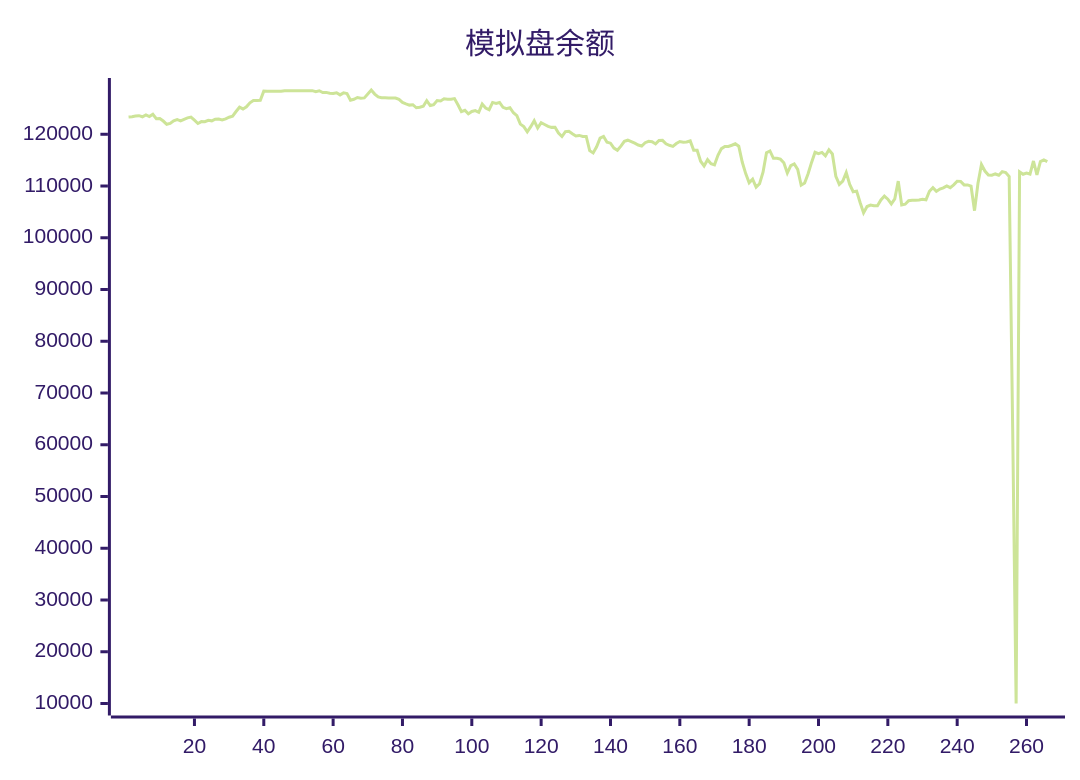
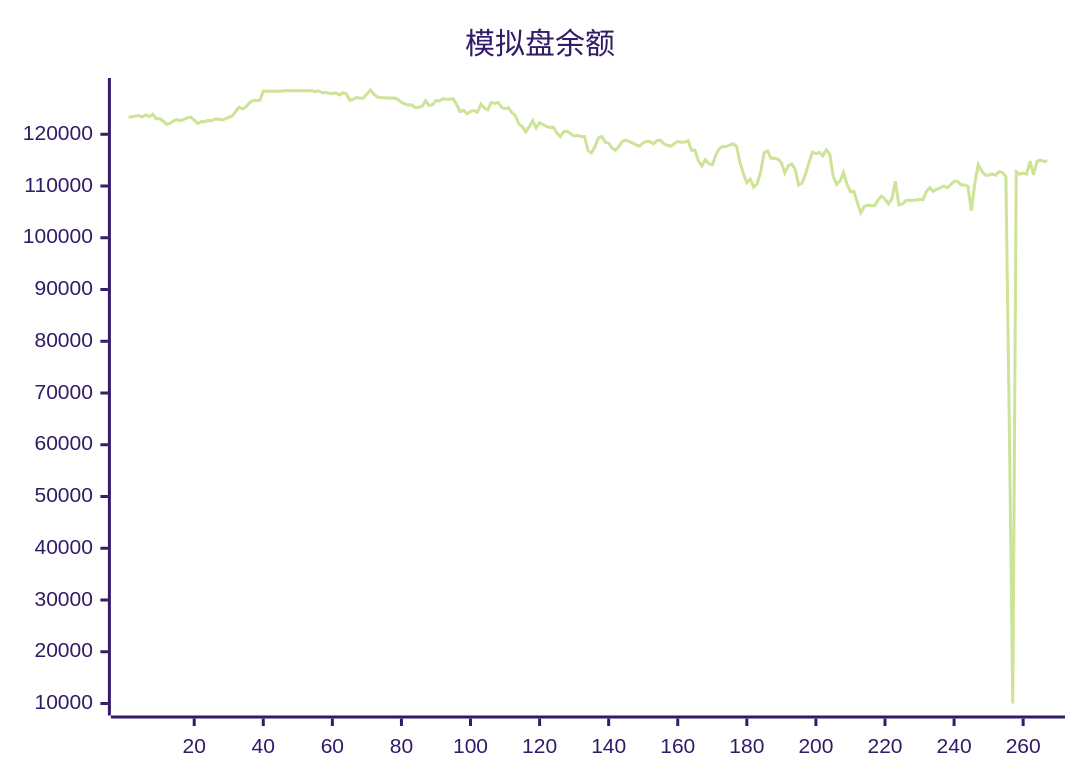
The diagram in README.md (aahl/ai-trading), drawn with Mermaid (forest theme) before and after one commit. The commit also changed other lines of this file and 1 other file, not shown here.

````diff
--- a/README.md
+++ b/README.md
@@ -5,5 +5,5 @@
 ```mermaid
 xychart
     title "模拟盘余额"
-    line [123338,123402,123530,123592,123378,123745,123413,123853,123009,123040,122557,121938,122095,122599,122856,122597,122898,123160,123319,122719,122087,122454,122416,122685,122592,122907,122961,122776,122981,123295,123507,124403,125224,124894,125303,126088,126544,126534,126549,128335,128318,128318,128318,128318,128318,128424,128424,128424,128424,128424,128424,128424,128424,128424,128247,128412,128062,128087,127917,127901,128026,127611,128000,127850,126572,126770,127100,126971,127029,127783,128554,127765,127224,127064,127044,127009,127025,127004,126738,126152,125871,125635,125707,125117,125217,125420,126480,125545,125715,126511,126424,126856,126764,126788,126890,125710,124381,124632,123936,124402,124574,124256,125833,125070,124739,126154,125966,126145,125213,124943,125143,124157,123604,121959,121476,120476,121470,122610,121201,122221,121889,121522,121332,121344,120232,119559,120513,120577,120108,119680,119777,119572,119568,116839,116392,117573,119250,119585,118469,118277,117338,116897,117706,118628,118849,118579,118280,117926,117735,118373,118639,118544,118136,118798,118819,118162,117874,117649,118215,118601,118463,118517,118713,116911,116899,114798,113887,115084,114313,114091,115934,117221,117658,117658,117883,118164,117693,114632,112403,110644,111313,109777,110444,112673,116419,116772,115355,115355,115198,114476,112510,113954,114276,113223,110151,110561,112361,114562,116522,116265,116500,115845,117000,116199,111887,110306,110942,112588,110318,108891,109011,106814,104811,106038,106327,106201,106180,107315,108068,107463,106528,107530,110941,106346,106482,107161,107268,107270,107302,107426,107340,108985,109681,108962,109404,109645,110030,109680,110214,110918,110897,110215,110212,109962,105235,110525,114151,112895,112137,112083,112329,112094,112784,112613,111829,63445,10000,112734,112268,112496,112313,114832,112156,114730,115058,114728]
+    line [123338,123402,123530,123592,123378,123745,123413,123853,123009,123040,122557,121938,122095,122599,122856,122597,122898,123160,123319,122719,122087,122454,122416,122685,122592,122907,122961,122776,122981,123295,123507,124403,125224,124894,125303,126088,126544,126534,126549,128335,128318,128318,128318,128318,128318,128424,128424,128424,128424,128424,128424,128424,128424,128424,128247,128412,128062,128087,127917,127901,128026,127611,128000,127850,126572,126770,127100,126971,127029,127783,128554,127765,127224,127064,127044,127009,127025,127004,126738,126152,125871,125635,125707,125117,125217,125420,126480,125545,125715,126511,126424,126856,126764,126788,126890,125710,124381,124632,123936,124402,124574,124256,125833,125070,124739,126154,125966,126145,125213,124943,125143,124157,123604,121959,121476,120476,121470,122610,121201,122221,121889,121522,121332,121344,120232,119559,120513,120577,120108,119680,119777,119572,119568,116839,116392,117573,119250,119585,118469,118277,117338,116897,117706,118628,118849,118579,118280,117926,117735,118373,118639,118544,118136,118798,118819,118162,117874,117649,118215,118601,118463,118517,118713,116911,116899,114798,113887,115084,114313,114091,115934,117221,117658,117658,117883,118164,117693,114632,112403,110644,111313,109777,110444,112673,116419,116772,115355,115355,115198,114476,112510,113954,114276,113223,110151,110561,112361,114562,116522,116265,116500,115845,117000,116199,111887,110306,110942,112588,110318,108891,109011,106814,104811,106038,106327,106201,106180,107315,108068,107463,106528,107530,110941,106346,106482,107161,107268,107270,107302,107426,107340,108985,109681,108962,109404,109645,110030,109680,110214,110918,110897,110215,110212,109962,105235,110525,114151,112895,112137,112083,112329,112094,112784,112613,111829,63445,10000,112734,112268,112496,112313,114832,112156,114730,115058,114728,114866]
 ```
````
